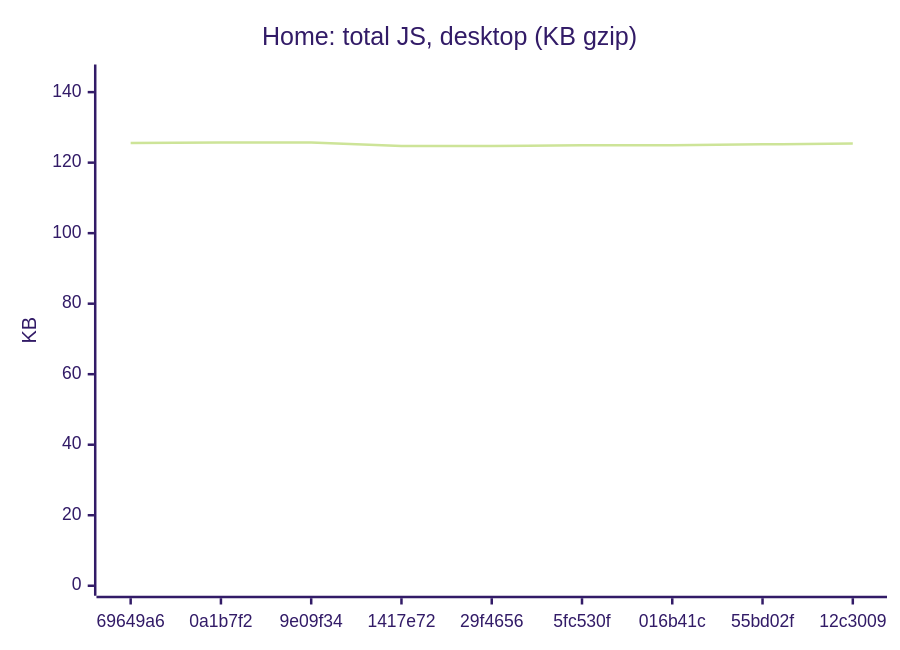
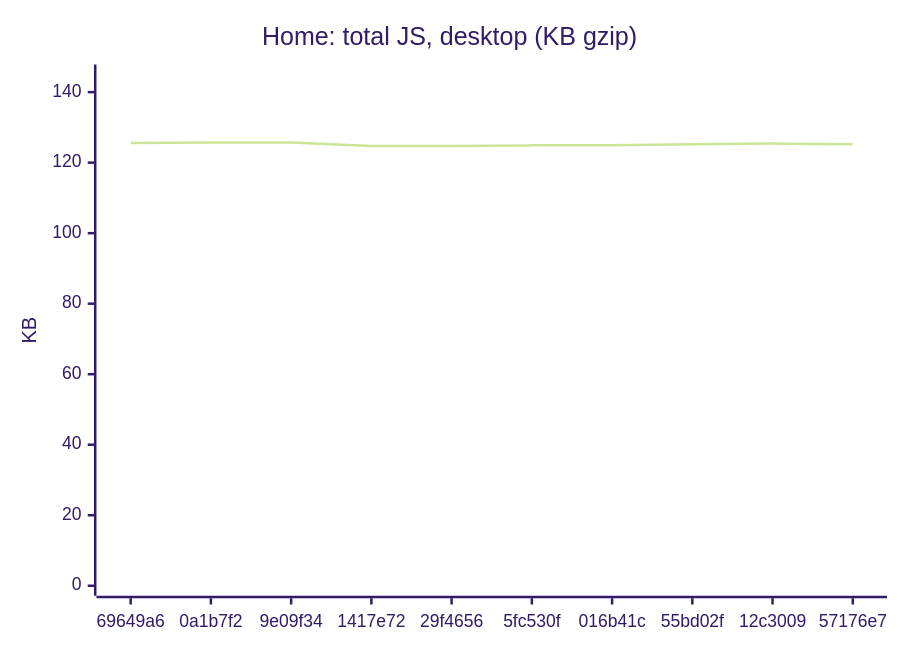
One commit to AxelUser/maltsev.space changed the first of 18 diagrams in README.md. Above: the diagram before and after it, drawn with Mermaid (forest theme). The commit also changed other lines of this file and 1 other file, not shown here.

````diff
--- a/README.md
+++ b/README.md
@@ -35,7 +35,7 @@
 ```mermaid
 xychart-beta
   title "Home: total JS, desktop (KB gzip)"
-  x-axis ["69649a6", "0a1b7f2", "9e09f34", "1417e72", "29f4656", "5fc530f", "016b41c", "55bd02f", "12c3009"]
+  x-axis ["69649a6", "0a1b7f2", "9e09f34", "1417e72", "29f4656", "5fc530f", "016b41c", "55bd02f", "12c3009", "57176e7"]
   y-axis "KB" 0 --> 145
-  line [125.6, 125.7, 125.7, 124.7, 124.7, 124.9, 124.9, 125.2, 125.4]
+  line [125.6, 125.7, 125.7, 124.7, 124.7, 124.9, 124.9, 125.2, 125.4, 125.2]
 ```
````
